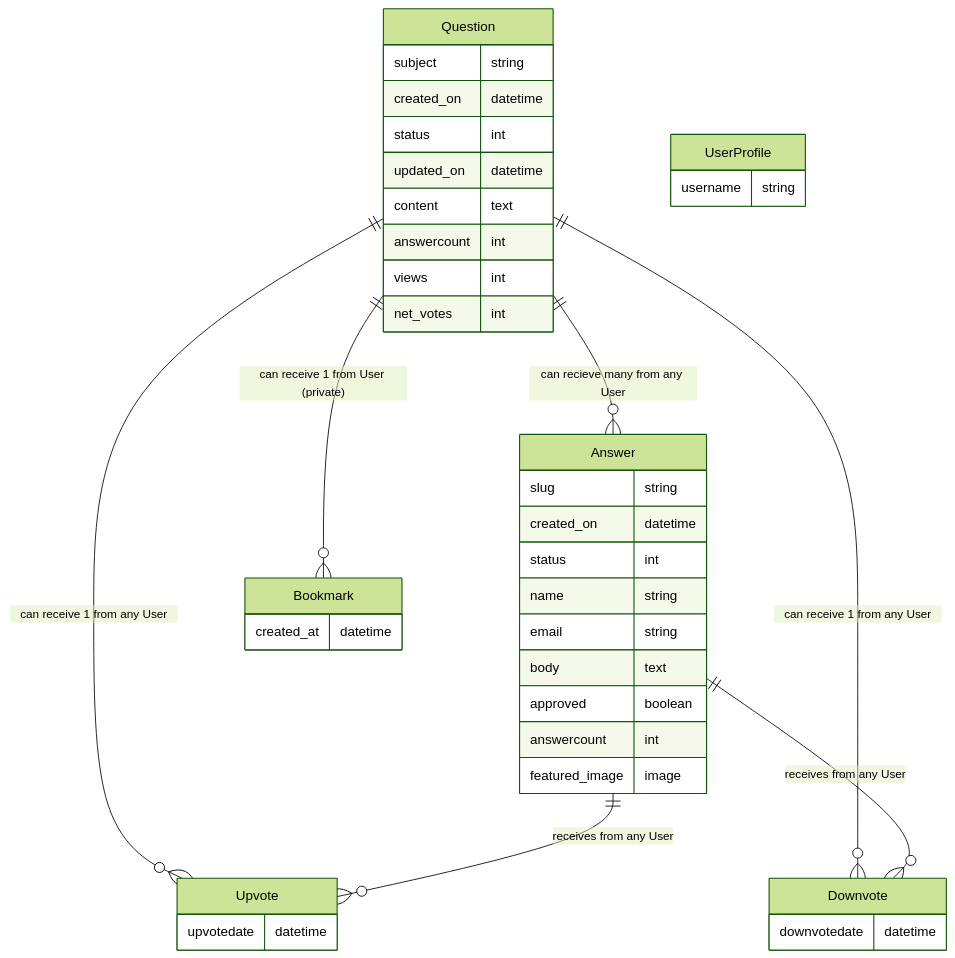
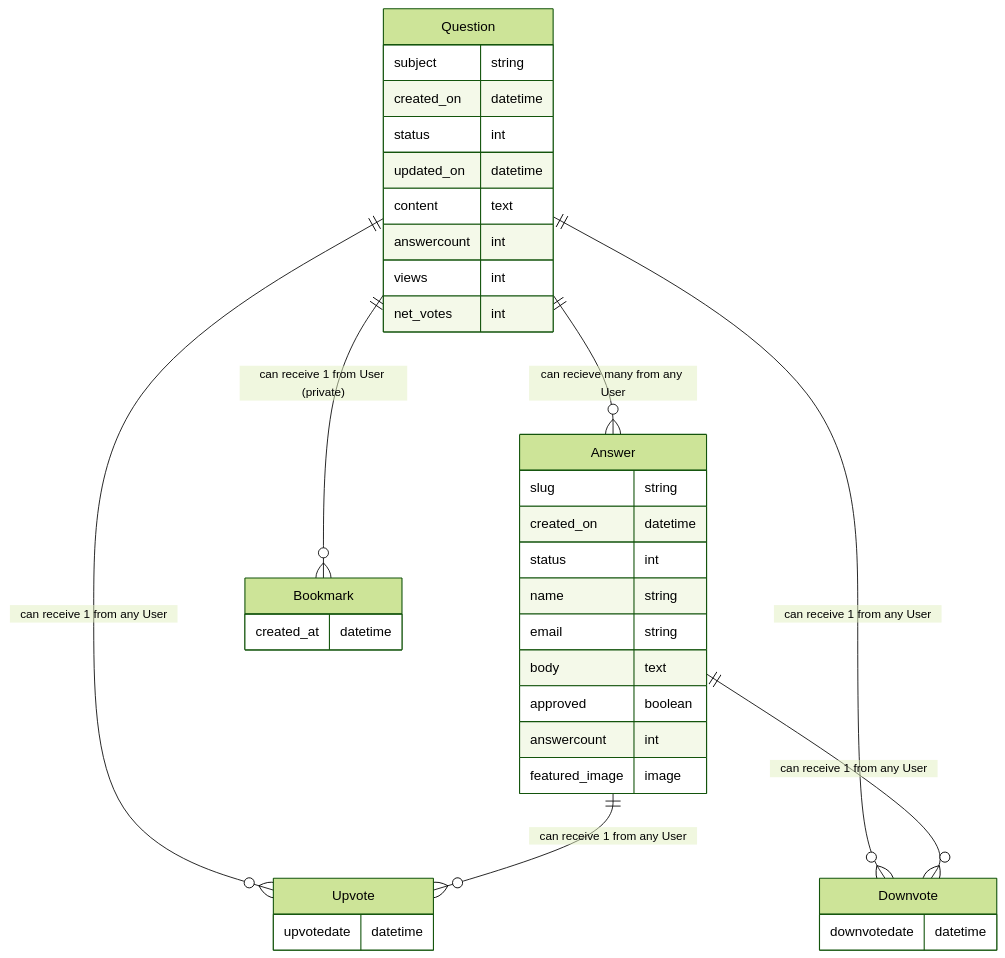
One commit to lmcrean/documentations changed the second of 2 diagrams in readme.md. Above: the diagram before and after it, drawn with Mermaid (forest theme). The commit also changed other lines of this file, not shown here.

Commit message:
Refactored user and question diagrams for better readability

````diff
--- a/readme.md
+++ b/readme.md
@@ -219,48 +262,46 @@
 ```mermaid
 erDiagram
     Question ||--o{ Answer : "can recieve many from any User"
     Question ||--o{ Upvote : "can receive 1 from any User"
     Question ||--o{ Downvote : "can receive 1 from any User"
     Question ||--o{ Bookmark : "can receive 1 from User (private)"
 
-    Answer ||--o{ Upvote : "receives from any User"
-    Answer ||--o{ Downvote : "receives from any User"
+    Answer ||--o{ Upvote : "can receive 1 from any User"
+    Answer ||--o{ Downvote : "can receive 1 from any User"
 
-    UserProfile {
-        username string
-    }
+
 
     Bookmark {
         created_at datetime
     }
 
     Upvote {
         upvotedate datetime
     }
     Downvote {
         downvotedate datetime
     }
 
     Answer {
         slug string
         created_on datetime
         status int
         name string
         email string
         body text
         approved boolean
         answercount int
         featured_image image
     }
 
     Question {
         subject string
         created_on datetime
         status int
         updated_on datetime
         content text
         answercount int
         views int
         net_votes int
     }
 ```
````
